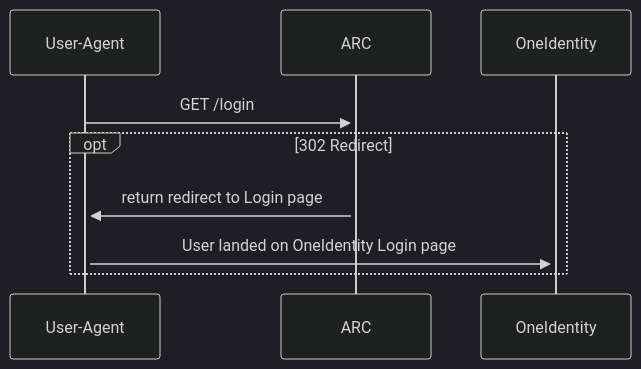
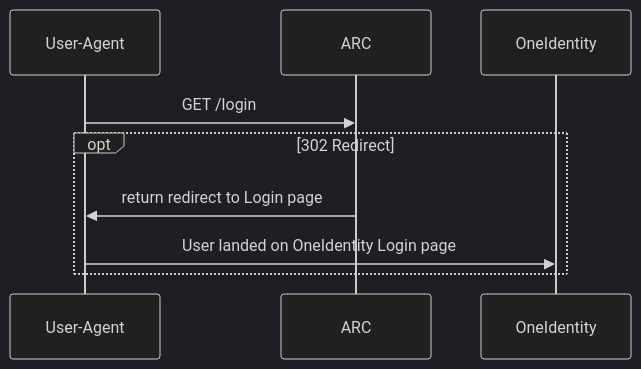
The diagram in design/arc/oneidentity-integration/sequence_diagram_login.mmd (pagopa/p4pa-doc), drawn with Mermaid (dark theme) before and after one commit. The commit also changed 4 other files, not shown here.

Commit message:
P4PU-171 updated sequence and removed activate sign

```diff
--- a/design/arc/oneidentity-integration/sequence_diagram_login.mmd
+++ b/design/arc/oneidentity-integration/sequence_diagram_login.mmd
@@ -1,10 +1,10 @@
 sequenceDiagram
     participant User-Agent
     participant ARC
     participant OneIdentity
 
-    User-Agent ->>+ ARC: GET /login
+    User-Agent ->> ARC: GET /login
     opt 302 Redirect
-        ARC ->>+ User-Agent: return redirect to Login page
-        User-Agent ->>+ OneIdentity: User landed on OneIdentity Login page
+        ARC ->> User-Agent: return redirect to Login page
+        User-Agent ->> OneIdentity: User landed on OneIdentity Login page
     end
```
